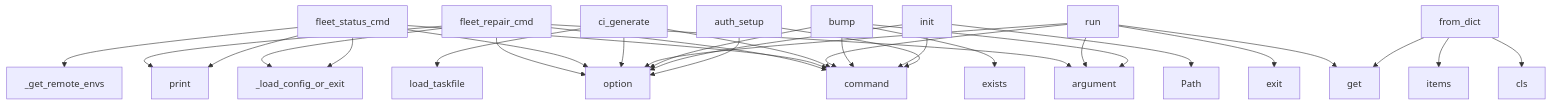
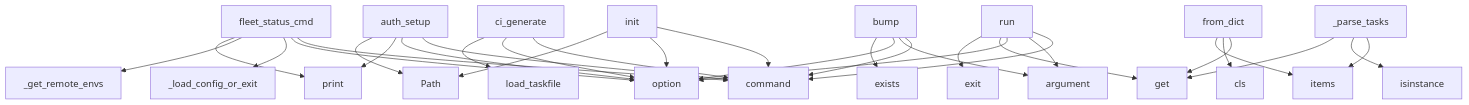
One commit to pyfunc/taskfile changed the diagram in project/context.md. Above: the diagram before and after it, drawn with Mermaid. The commit also changed other lines of this file and 29 other files, not shown here.

````diff
--- a/project/context.md
+++ b/project/context.md
@@ -648,33 +658,33 @@
 ```mermaid
 graph TD
-    fleet_repair_cmd --> command
-    fleet_repair_cmd --> argument
-    fleet_repair_cmd --> option
-    fleet_repair_cmd --> _load_config_or_exit
-    fleet_repair_cmd --> print
     fleet_status_cmd --> command
     fleet_status_cmd --> option
     fleet_status_cmd --> _load_config_or_exit
     fleet_status_cmd --> _get_remote_envs
     fleet_status_cmd --> print
     ci_generate --> command
     ci_generate --> option
     ci_generate --> load_taskfile
     run --> command
     run --> argument
     run --> option
     run --> get
     run --> exit
     from_dict --> get
     from_dict --> cls
     from_dict --> items
     bump --> command
     bump --> argument
     bump --> option
     bump --> exists
     init --> command
     init --> option
     init --> Path
+    _parse_tasks --> items
+    _parse_tasks --> isinstance
+    _parse_tasks --> get
     auth_setup --> command
     auth_setup --> option
+    auth_setup --> print
+    auth_setup --> Path
 ```
````
